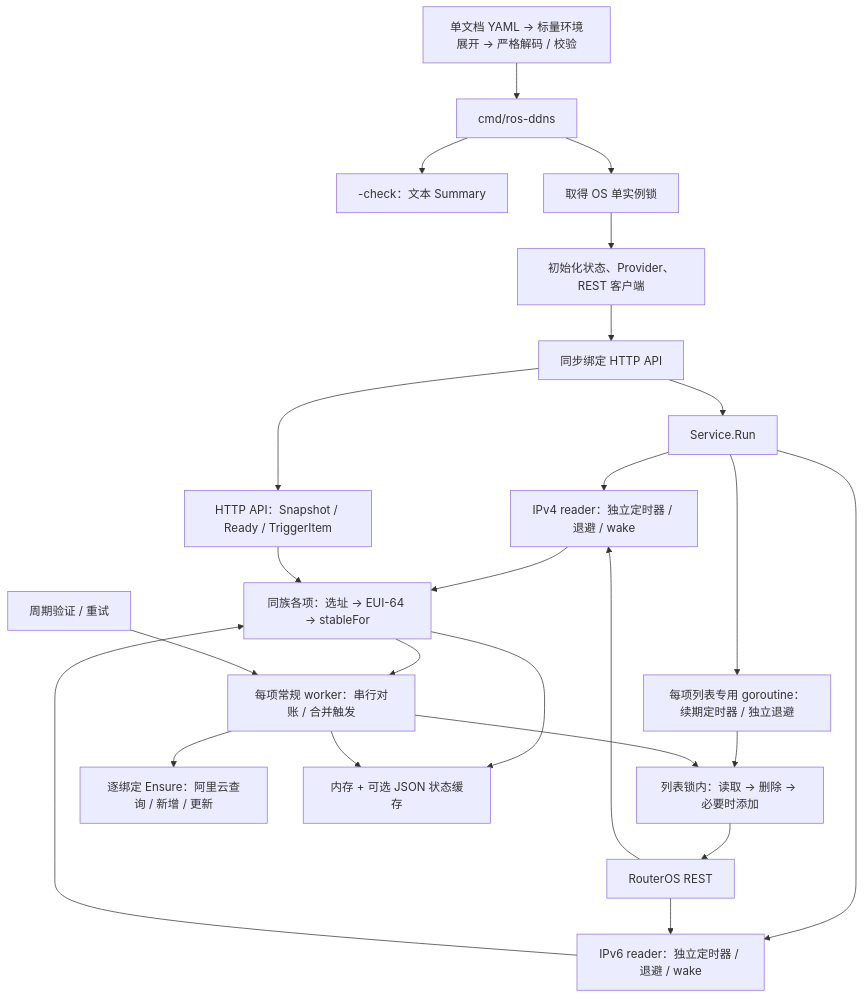
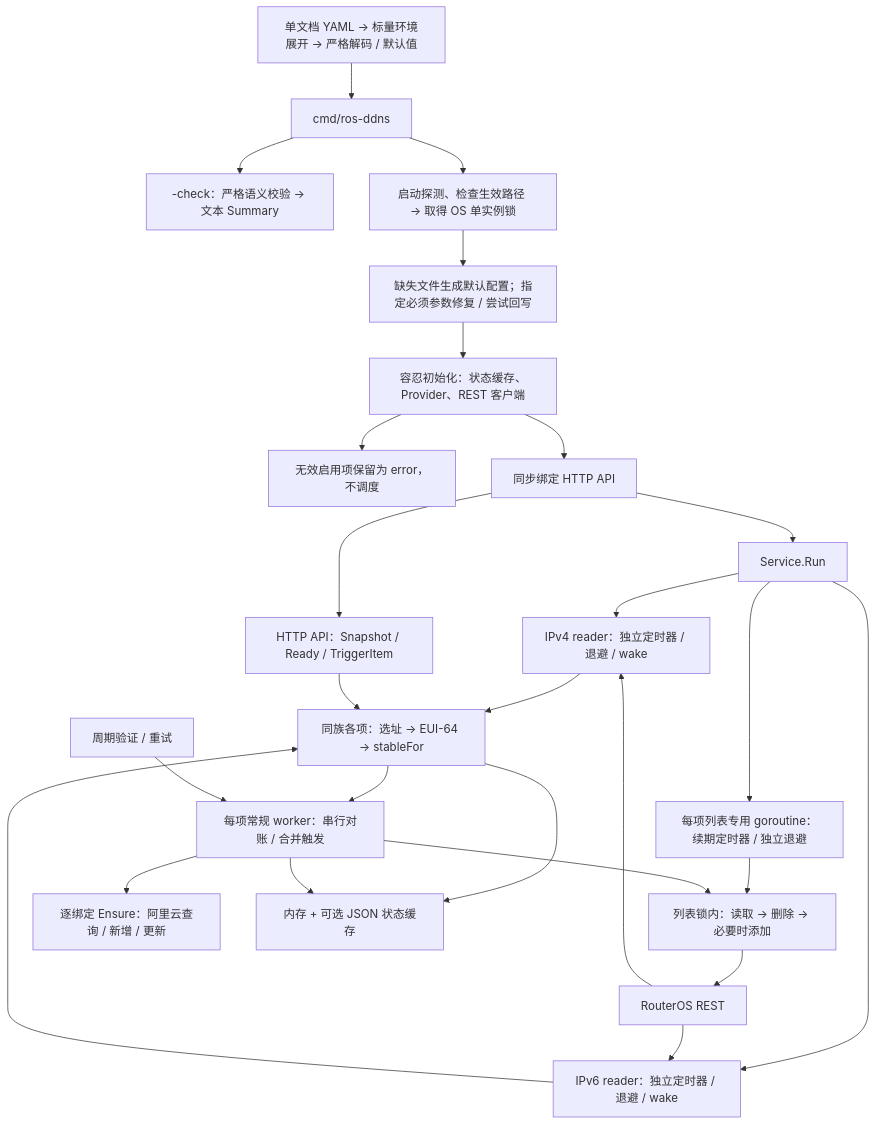
Before and after one commit to hvvvvvvv/ros-ddns: the first of 2 diagrams in docs/architecture.md, drawn with Mermaid. The commit also changed other lines of this file and 6 other files, not shown here.

````diff
--- a/docs/architecture.md
+++ b/docs/architecture.md
@@ -7,26 +7,28 @@
 ```mermaid
 flowchart TD
-    YAML["单文档 YAML → 标量环境展开 → 严格解码 / 校验"] --> CLI["cmd/ros-ddns"]
-    CLI --> Check["-check：文本 Summary"]
-    CLI --> Lock["取得 OS 单实例锁"]
-    Lock --> Init["初始化状态、Provider、REST 客户端"]
+    YAML["单文档 YAML → 标量环境展开 → 严格解码 / 默认值"] --> CLI["cmd/ros-ddns"]
+    CLI --> Check["-check：严格语义校验 → 文本 Summary"]
+    CLI --> Lock["启动探测、检查生效路径 → 取得 OS 单实例锁"]
+    Lock --> Fix["缺失文件生成默认配置；指定必须参数修复 / 尝试回写"]
+    Fix --> Init["容忍初始化：状态缓存、Provider、REST 客户端"]
+    Init --> Invalid["无效启用项保留为 error，不调度"]
     Init --> Bind["同步绑定 HTTP API"]
     Bind --> Run["Service.Run"]
     Run --> V4["IPv4 reader：独立定时器 / 退避 / wake"]
     Run --> V6["IPv6 reader：独立定时器 / 退避 / wake"]
     ROS["RouterOS REST"] --> V4
     ROS --> V6
     V4 --> Item["同族各项：选址 → EUI-64 → stableFor"]
     V6 --> Item
     Item --> Worker["每项常规 worker：串行对账 / 合并触发"]
     Run --> Renew
     Renew["每项列表专用 goroutine：续期定时器 / 独立退避"] --> List
     Verify["周期验证 / 重试"] --> Worker
     Worker --> DNS["逐绑定 Ensure：阿里云查询 / 新增 / 更新"]
     Worker --> List["列表锁内：读取 → 删除 → 必要时添加"]
     List --> ROS
     Item --> Store["内存 + 可选 JSON 状态缓存"]
     Worker --> Store
     HTTP["HTTP API：Snapshot / Ready / TriggerItem"] --> Item
     Bind --> HTTP
 ```
````
